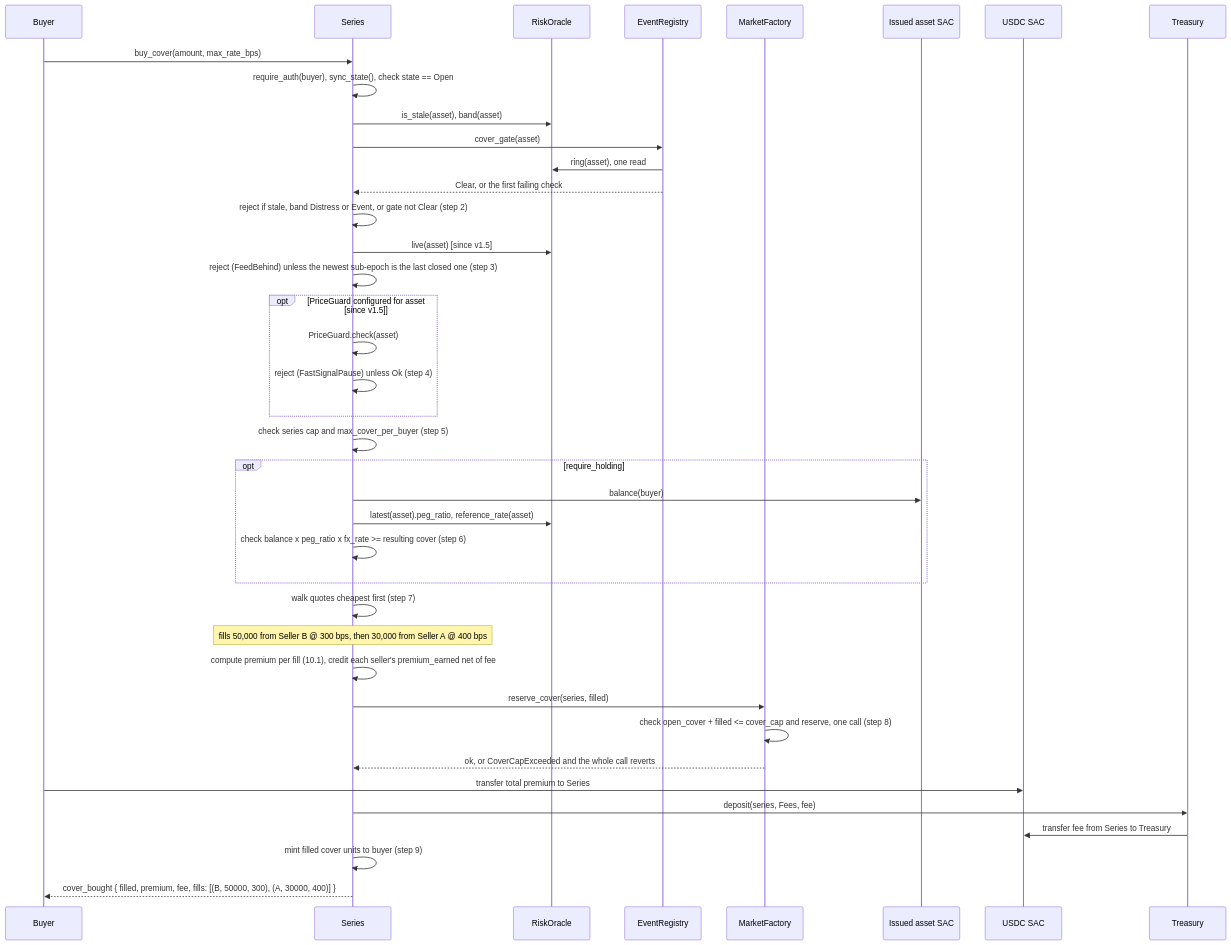
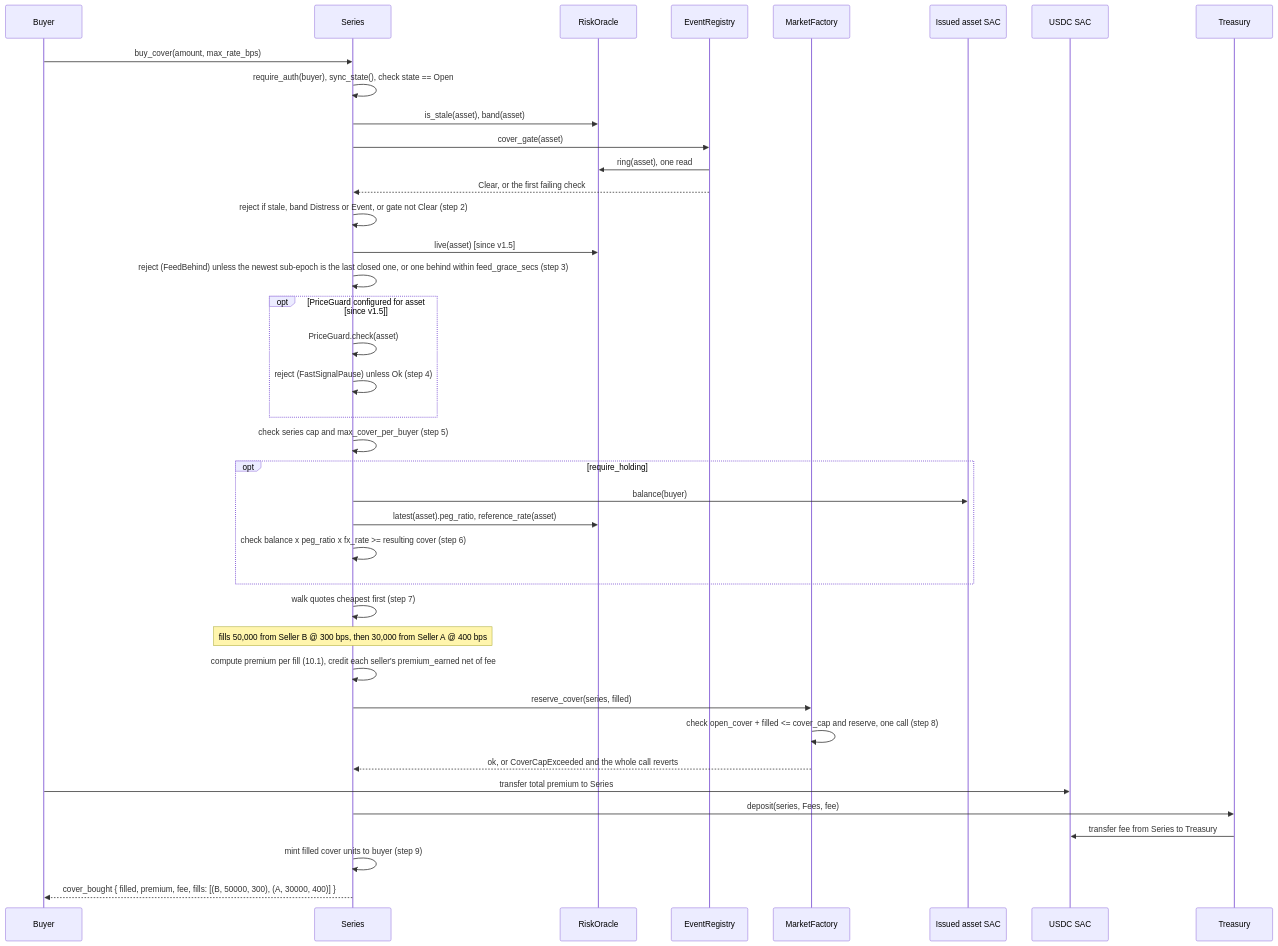
One commit to Sylox-labs/sylox changed diagram 11 of 14 in technical-doc.md. Above: the diagram before and after it, drawn with Mermaid. The commit also changed other lines of this file, not shown here.

````diff
--- a/technical-doc.md
+++ b/technical-doc.md
@@ -1401,48 +1405,48 @@
 ```mermaid
 sequenceDiagram
   participant Buyer
   participant Series
   participant Oracle as RiskOracle
   participant Registry as EventRegistry
   participant Factory as MarketFactory
   participant AssetSAC as Issued asset SAC
   participant USDC as USDC SAC
   participant Treasury
 
   Buyer->>Series: buy_cover(amount, max_rate_bps)
   Series->>Series: require_auth(buyer), sync_state(), check state == Open
   Series->>Oracle: is_stale(asset), band(asset)
   Series->>Registry: cover_gate(asset)
   Registry->>Oracle: ring(asset), one read
   Registry-->>Series: Clear, or the first failing check
   Series->>Series: reject if stale, band Distress or Event, or gate not Clear (step 2)
 
   Series->>Oracle: live(asset) [since v1.5]
-  Series->>Series: reject (FeedBehind) unless the newest sub-epoch is the last closed one (step 3)
+  Series->>Series: reject (FeedBehind) unless the newest sub-epoch is the last closed one, or one behind within feed_grace_secs (step 3)
   opt PriceGuard configured for asset [since v1.5]
     Series->>Series: PriceGuard.check(asset)
     Series->>Series: reject (FastSignalPause) unless Ok (step 4)
   end
 
   Series->>Series: check series cap and max_cover_per_buyer (step 5)
 
   opt require_holding
     Series->>AssetSAC: balance(buyer)
     Series->>Oracle: latest(asset).peg_ratio, reference_rate(asset)
     Series->>Series: check balance x peg_ratio x fx_rate >= resulting cover (step 6)
   end
 
   Series->>Series: walk quotes cheapest first (step 7)
   Note over Series: fills 50,000 from Seller B @ 300 bps, then 30,000 from Seller A @ 400 bps
   Series->>Series: compute premium per fill (10.1), credit each seller's premium_earned net of fee
 
   Series->>Factory: reserve_cover(series, filled)
   Factory->>Factory: check open_cover + filled <= cover_cap and reserve, one call (step 8)
   Factory-->>Series: ok, or CoverCapExceeded and the whole call reverts
 
   Buyer->>USDC: transfer total premium to Series
   Series->>Treasury: deposit(series, Fees, fee)
   Treasury->>USDC: transfer fee from Series to Treasury
   Series->>Series: mint filled cover units to buyer (step 9)
   Series-->>Buyer: cover_bought { filled, premium, fee, fills: [(B, 50000, 300), (A, 30000, 400)] }
 ```
````
